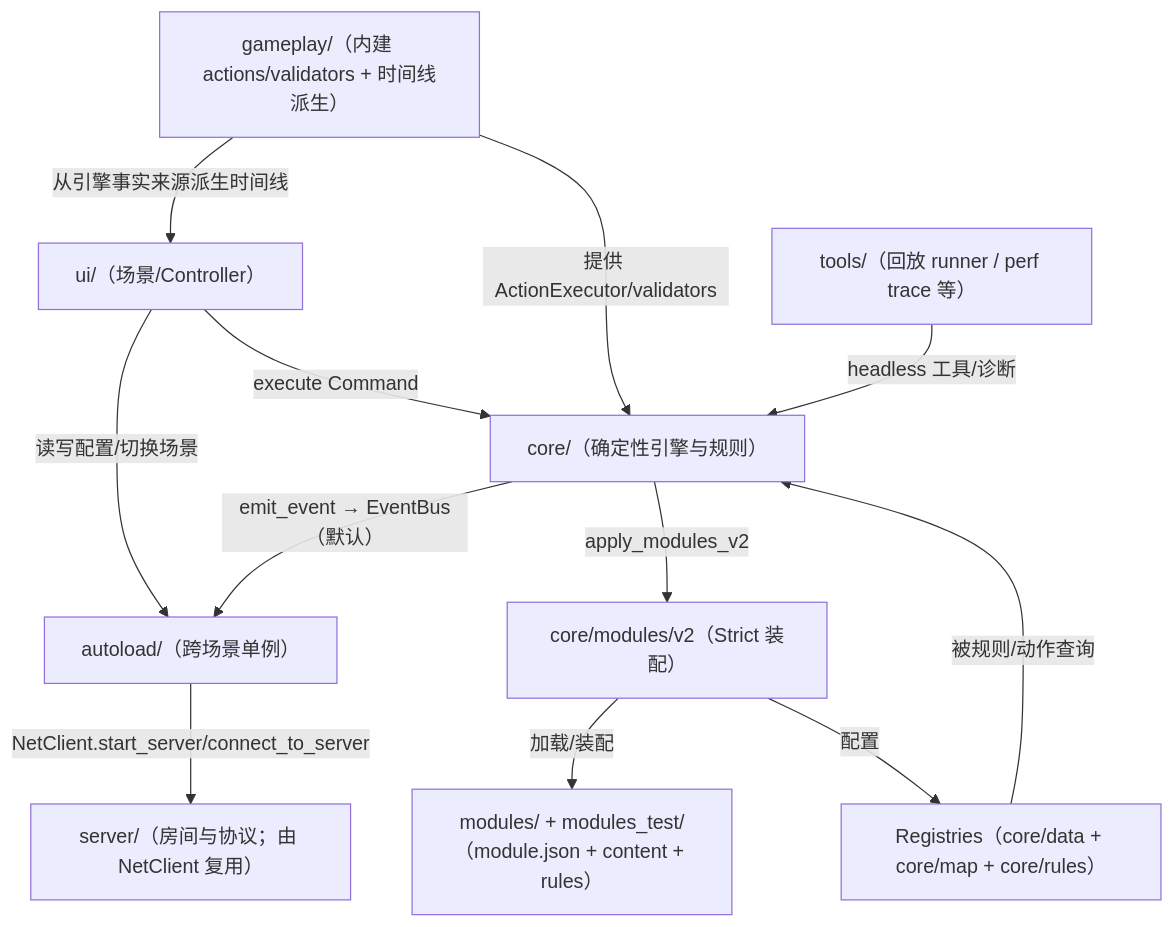
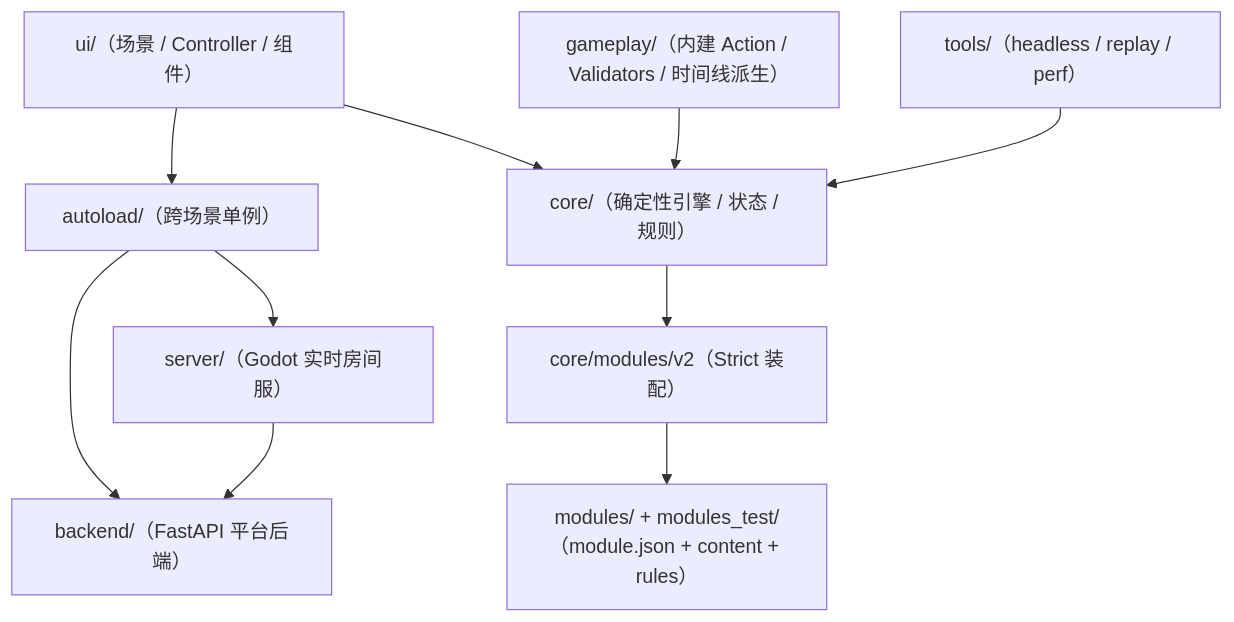
The diagram in docs/architecture/README.md (ygowill/food_chain_magnate), drawn with Mermaid before and after one commit. The commit also changed other lines of this file and 82 other files, not shown here.

Commit message:
docs: reorganize documentation structure and refresh architecture docs

````diff
--- a/docs/architecture/README.md
+++ b/docs/architecture/README.md
@@ -7,27 +7,21 @@
 ```mermaid
 flowchart TB
-  UI["ui/（场景/Controller）"]
+  UI["ui/（场景 / Controller / 组件）"]
   AL["autoload/（跨场景单例）"]
-  CORE["core/（确定性引擎与规则）"]
-  GP["gameplay/（内建 actions/validators + 时间线派生）"]
+  CORE["core/（确定性引擎 / 状态 / 规则）"]
+  GP["gameplay/（内建 Action / Validators / 时间线派生）"]
   MV2["core/modules/v2（Strict 装配）"]
   MODS["modules/ + modules_test/（module.json + content + rules）"]
-  REG["Registries（core/data + core/map + core/rules）"]
-  TOOLS["tools/（回放 runner / perf trace 等）"]
-  SERVER["server/（房间与协议；由 NetClient 复用）"]
+  SERVER["server/（Godot 实时房间服）"]
+  BACKEND["backend/（FastAPI 平台后端）"]
+  TOOLS["tools/（headless / replay / perf）"]
 
-  UI -->|"读写配置/切换场景"| AL
-  UI -->|"execute Command"| CORE
-  CORE -->|"emit_event → EventBus（默认）"| AL
-
-  CORE -->|"apply_modules_v2"| MV2
-  MV2 -->|"加载/装配"| MODS
-  MV2 -->|"配置"| REG
-  REG -->|"被规则/动作查询"| CORE
-
-  GP -->|"提供 ActionExecutor/validators"| CORE
-  GP -->|"从引擎事实来源派生时间线"| UI
-
-  TOOLS -->|"headless 工具/诊断"| CORE
-  AL -->|"NetClient.start_server/connect_to_server"| SERVER
+  UI --> AL
+  UI --> CORE
+  CORE --> MV2 --> MODS
+  GP --> CORE
+  AL --> SERVER
+  AL --> BACKEND
+  SERVER --> BACKEND
+  TOOLS --> CORE
 ```
````
